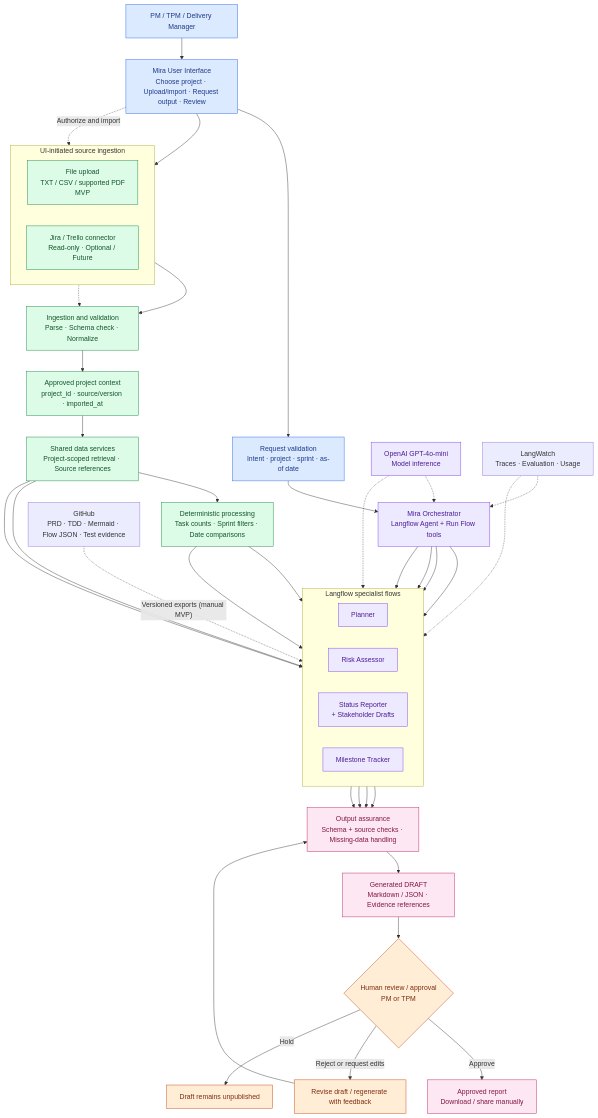
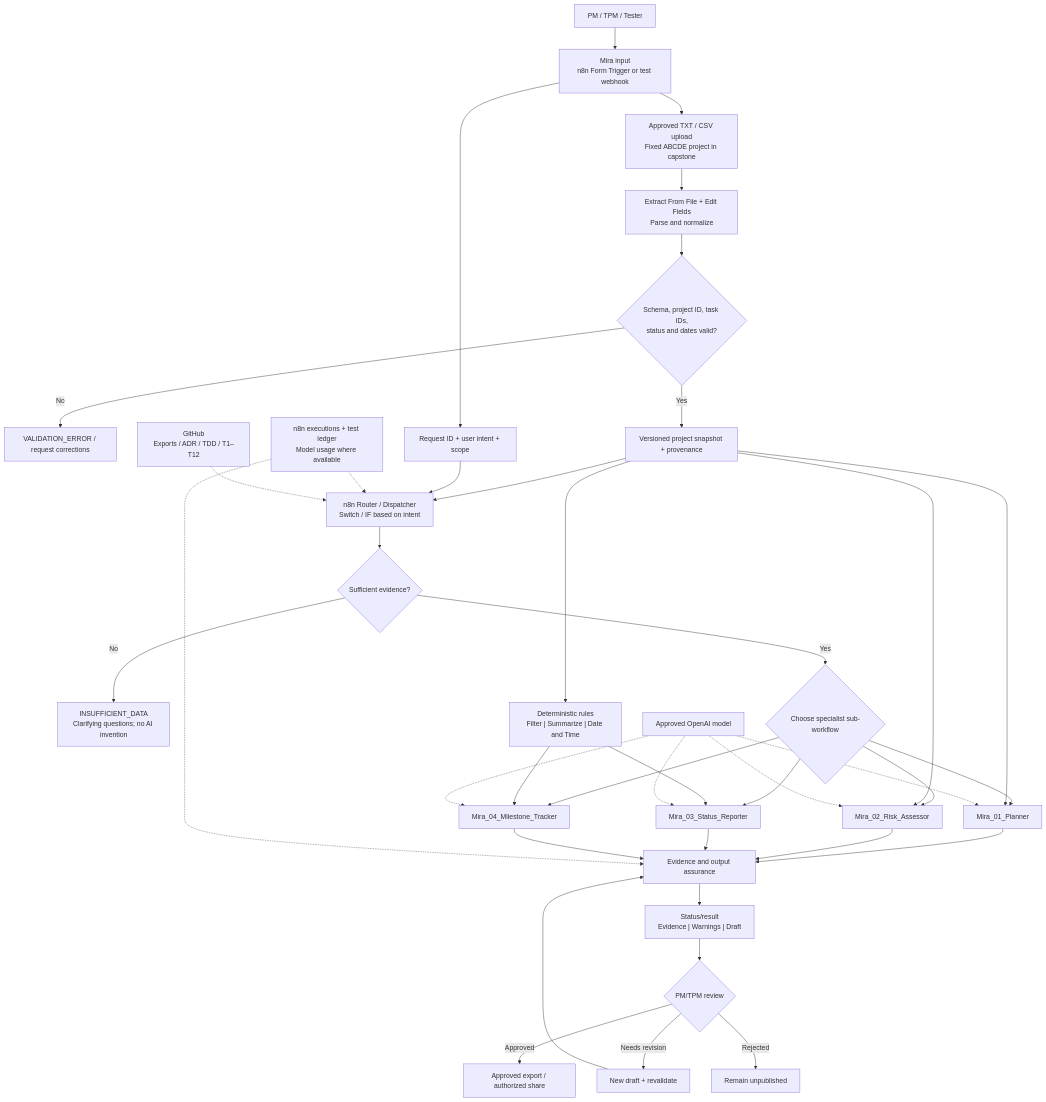
Before and after one commit to srinivasallenki99-hue/mira-ai-project-intelligence: the third of 7 diagrams in docs/Mira_Architecture.md, drawn with Mermaid. The commit also changed other lines of this file, not shown here.

````diff
--- a/docs/Mira_Architecture.md
+++ b/docs/Mira_Architecture.md
@@ -95,65 +108,41 @@
 ```mermaid
 flowchart TB
-  U["PM / TPM / Delivery Manager"] --> UI["Mira User Interface<br/>Choose project · Upload/import · Request output · Review"]
-
-  subgraph IN["UI-initiated source ingestion"]
-    direction LR
-    FILE["File upload<br/>TXT / CSV / supported PDF<br/>MVP"]
-    EXT["Jira / Trello connector<br/>Read-only · Optional / Future"]
-  end
-  UI --> FILE
-  UI -. "Authorize and import" .-> EXT
-  FILE --> ING["Ingestion and validation<br/>Parse · Schema check · Normalize"]
-  EXT -.-> ING
-  ING --> CTX["Approved project context<br/>project_id · source/version · imported_at"]
-
-  UI --> REQ["Request validation<br/>Intent · project · sprint · as-of date"]
-  REQ --> ROUTER["Mira Orchestrator<br/>Langflow Agent + Run Flow tools"]
-
-  subgraph AGENTS["Langflow specialist flows"]
-    direction LR
-    P["Planner"]
-    R["Risk Assessor"]
-    S["Status Reporter<br/>+ Stakeholder Drafts"]
-    M["Milestone Tracker"]
-  end
-  ROUTER --> P
-  ROUTER --> R
-  ROUTER --> S
-  ROUTER --> M
-
-  CTX --> DATA["Shared data services<br/>Project-scoped retrieval · Source references"]
-  DATA --> CALC["Deterministic processing<br/>Task counts · Sprint filters · Date comparisons"]
-  DATA --> P
-  DATA --> R
+  U["PM / TPM / Tester"] --> FORM["Mira input<br/>n8n Form Trigger or test webhook"]
+  FORM --> SOURCE["Approved TXT / CSV upload<br/>Fixed ABCDE project in capstone"]
+  SOURCE --> EXTRACT["Extract From File + Edit Fields<br/>Parse and normalize"]
+  EXTRACT --> QUALITY{"Schema, project ID, task IDs,<br/>status and dates valid?"}
+  QUALITY -->|No| FAIL["VALIDATION_ERROR / request corrections"]
+  QUALITY -->|Yes| SNAP["Versioned project snapshot + provenance"]
+  FORM --> REQUEST["Request ID + user intent + scope"]
+  SNAP --> ROUTE["n8n Router / Dispatcher<br/>Switch / IF based on intent"]
+  REQUEST --> ROUTE
+  ROUTE --> SUFF{"Sufficient evidence?"}
+  SUFF -->|No| ASK["INSUFFICIENT_DATA<br/>Clarifying questions; no AI invention"]
+  SUFF -->|Yes| PICK{"Choose specialist sub-workflow"}
+  PICK --> P["Mira_01_Planner"]
+  PICK --> R["Mira_02_Risk_Assessor"]
+  PICK --> S["Mira_03_Status_Reporter"]
+  PICK --> M["Mira_04_Milestone_Tracker"]
+  SNAP --> CALC["Deterministic rules<br/>Filter | Summarize | Date and Time"]
   CALC --> S
   CALC --> M
-
-  P --> VALID["Output assurance<br/>Schema + source checks · Missing-data handling"]
-  R --> VALID
-  S --> VALID
-  M --> VALID
-  VALID --> DRAFT["Generated DRAFT<br/>Markdown / JSON · Evidence references"]
-  DRAFT --> HITL{"Human review / approval<br/>PM or TPM"}
-  HITL -- "Approve" --> OUT["Approved report<br/>Download / share manually"]
-  HITL -- "Reject or request edits" --> REVISE["Revise draft / regenerate with feedback"]
-  REVISE --> VALID
-  HITL -- "Hold" --> HOLD["Draft remains unpublished"]
-
-  LLM["OpenAI GPT-4o-mini<br/>Model inference"] -.-> ROUTER
-  LLM -.-> AGENTS
-  OBS["LangWatch<br/>Traces · Evaluation · Usage"] -.-> ROUTER
-  OBS -.-> AGENTS
-  GH["GitHub<br/>PRD · TDD · Mermaid · Flow JSON · Test evidence"] -. "Versioned exports (manual MVP)" .-> AGENTS
-
-  classDef ui fill:#dbeafe,stroke:#2563eb,color:#1e3a8a;
-  classDef data fill:#dcfce7,stroke:#15803d,color:#14532d;
-  classDef agent fill:#ede9fe,stroke:#7c3aed,color:#4c1d95;
-  classDef gate fill:#ffedd5,stroke:#c2410c,color:#7c2d12;
-  classDef out fill:#fce7f3,stroke:#be185d,color:#831843;
-  class U,UI,REQ ui;
-  class FILE,EXT,ING,CTX,DATA,CALC data;
-  class ROUTER,P,R,S,M,LLM agent;
-  class HITL,HOLD,REVISE gate;
-  class VALID,DRAFT,OUT out;
+  SNAP --> P
+  SNAP --> R
+  P --> CHECK["Evidence and output assurance"]
+  R --> CHECK
+  S --> CHECK
+  M --> CHECK
+  CHECK --> DRAFT["Status/result<br/>Evidence | Warnings | Draft"]
+  DRAFT --> HITL{"PM/TPM review"}
+  HITL -->|Approved| REPORT["Approved export / authorized share"]
+  HITL -->|Needs revision| REV["New draft + revalidate"]
+  REV --> CHECK
+  HITL -->|Rejected| HOLD["Remain unpublished"]
+  LLM["Approved OpenAI model"] -.-> P
+  LLM -.-> R
+  LLM -.-> S
+  LLM -.-> M
+  OBS["n8n executions + test ledger<br/>Model usage where available"] -.-> ROUTE
+  OBS -.-> CHECK
+  GIT["GitHub<br/>Exports / ADR / TDD / T1–T12"] -.-> ROUTE
 ```
````
